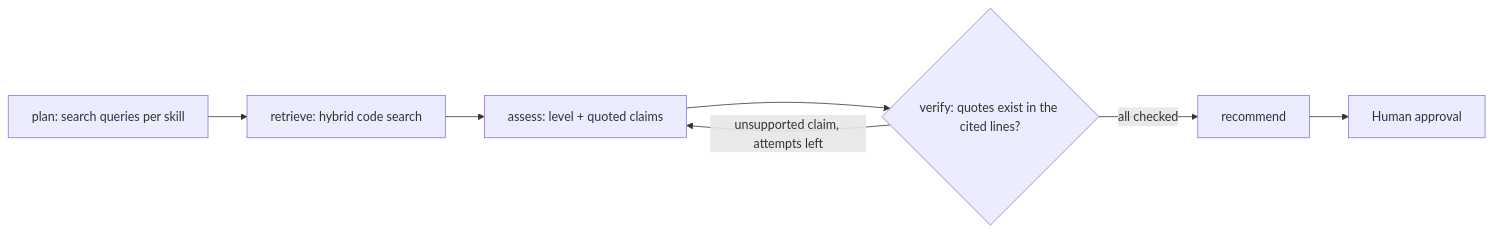
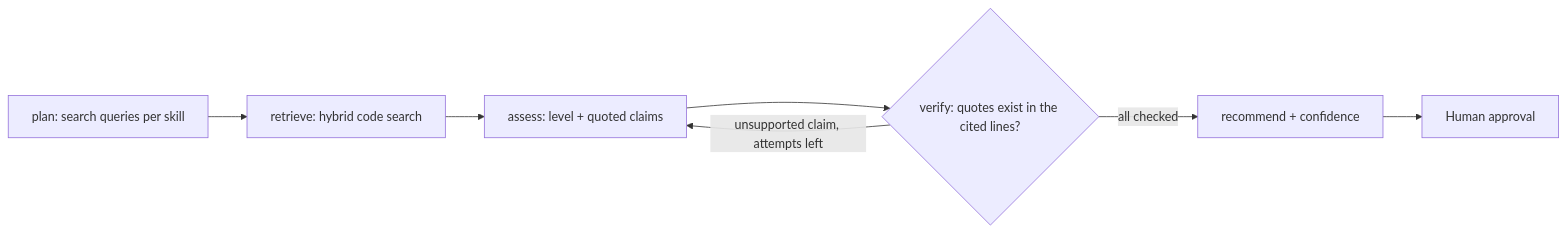
Before and after one commit to SwarangiK-21/CodeSynapse: the second of 2 diagrams in README.md, drawn with Mermaid. The commit also changed other lines of this file, not shown here.

````diff
--- a/README.md
+++ b/README.md
@@ -90,9 +114,9 @@
 ```mermaid
 flowchart LR
     P[plan: search queries per skill] --> RT[retrieve: hybrid code search]
     RT --> AS[assess: level + quoted claims]
     AS --> V{verify: quotes exist in the cited lines?}
     V -- unsupported claim, attempts left --> AS
-    V -- all checked --> RC[recommend]
+    V -- all checked --> RC[recommend + confidence]
     RC --> H[Human approval]
 ```
````
